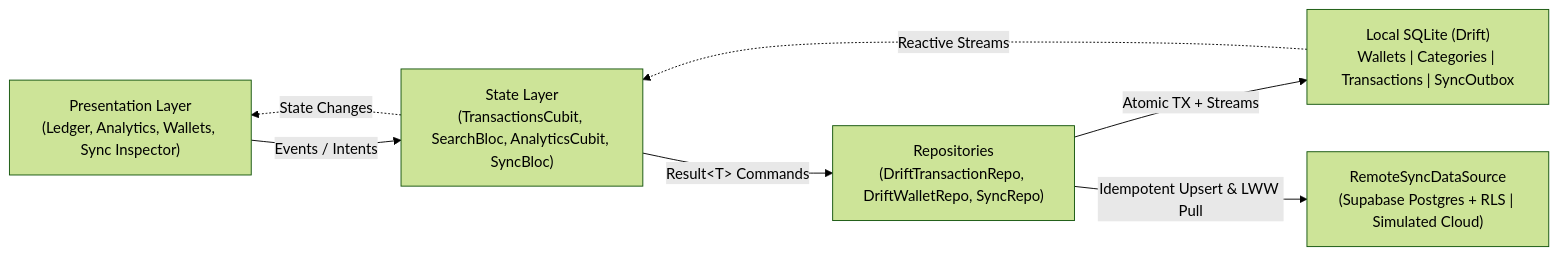
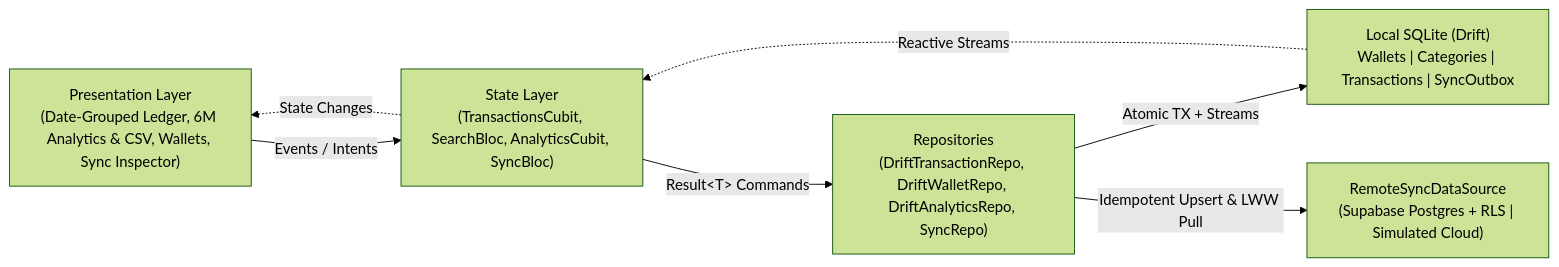
One commit to bachiep/ledgerflow-flutter changed the first of 2 diagrams in README.md. Above: the diagram before and after it, drawn with Mermaid (forest theme). The commit also changed other lines of this file and 39 other files, not shown here.

Commit message:
feat(v2): Swiss Fintech UI, date-grouped ledger, 6-month trend, budget editor & CSV export (#18)

````diff
--- a/README.md
+++ b/README.md
@@ -19,15 +20,15 @@
 ```mermaid
 flowchart LR
-    UI["Presentation Layer<br/>(Ledger, Analytics, Wallets, Sync Inspector)"]
+    UI["Presentation Layer<br/>(Date-Grouped Ledger, 6M Analytics & CSV, Wallets, Sync Inspector)"]
     BLoC["State Layer<br/>(TransactionsCubit, SearchBloc, AnalyticsCubit, SyncBloc)"]
-    Repo["Repositories<br/>(DriftTransactionRepo, DriftWalletRepo, SyncRepo)"]
+    Repo["Repositories<br/>(DriftTransactionRepo, DriftWalletRepo, DriftAnalyticsRepo, SyncRepo)"]
     SQLite["Local SQLite (Drift)<br/>Wallets | Categories | Transactions | SyncOutbox"]
     Remote["RemoteSyncDataSource<br/>(Supabase Postgres + RLS | Simulated Cloud)"]
 
     UI -->|"Events / Intents"| BLoC
     BLoC -->|"Result&lt;T&gt; Commands"| Repo
     Repo -->|"Atomic TX + Streams"| SQLite
     SQLite -.->|"Reactive Streams"| BLoC
     BLoC -.->|"State Changes"| UI
     Repo -->|"Idempotent Upsert & LWW Pull"| Remote
 ```
````
